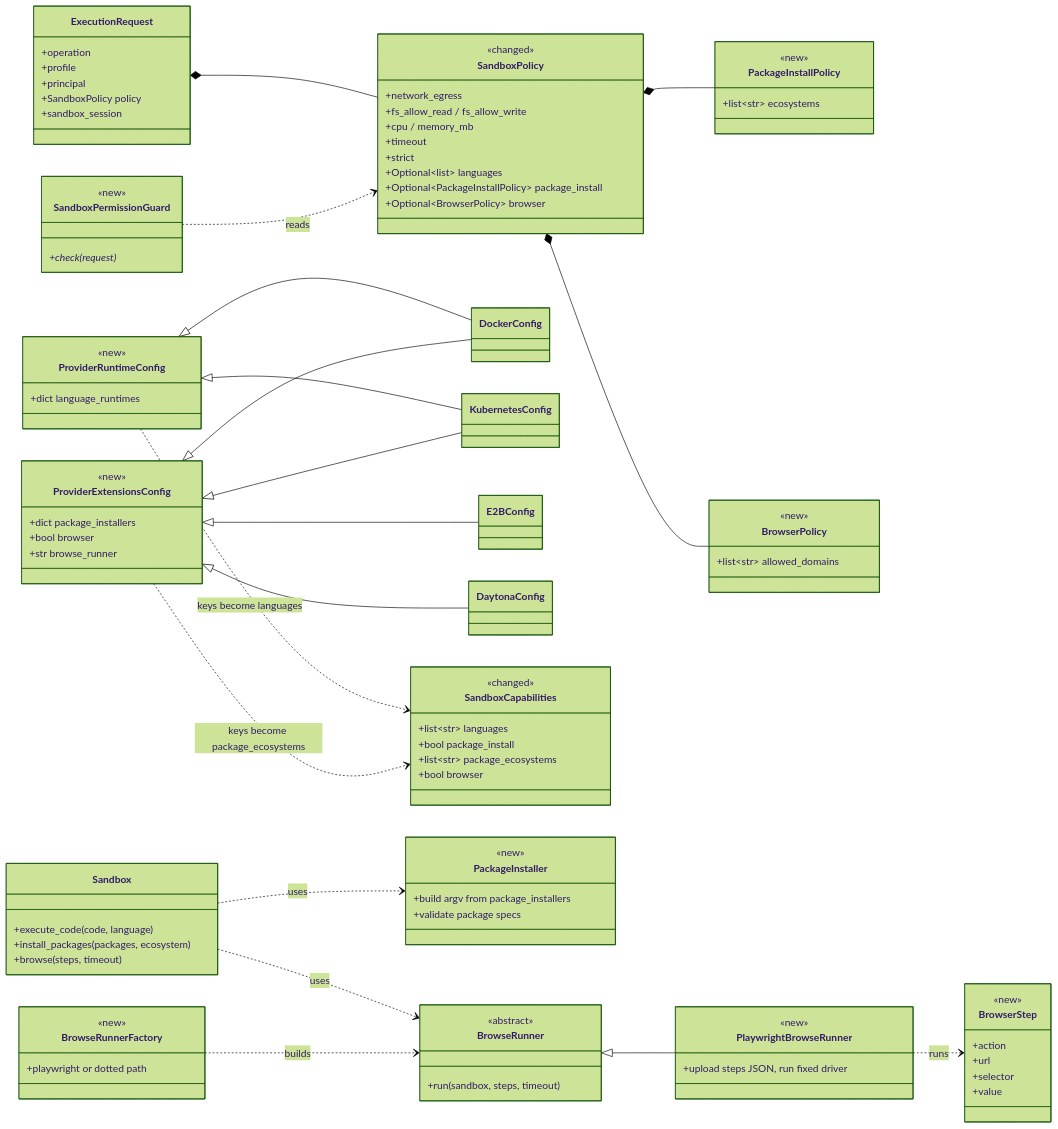
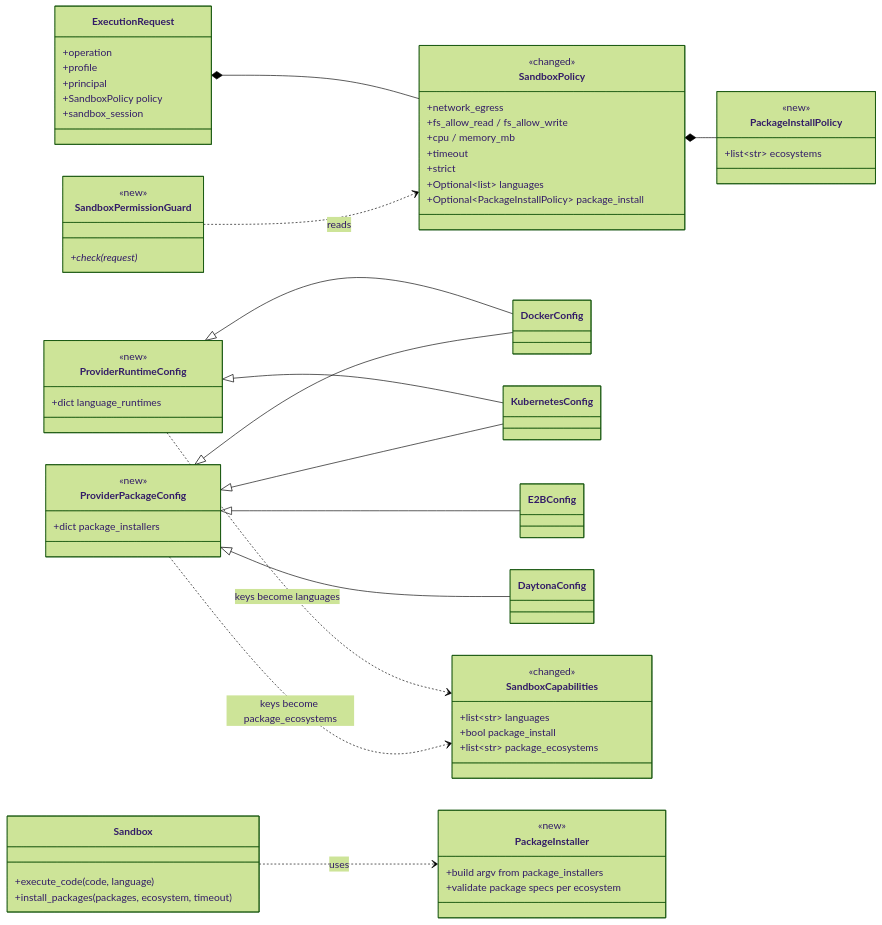
The fourth of 7 diagrams in docs/specs/692-sandbox-extended-permissions/research/diagrams.md (yaalalabs/agent-kernel), drawn with Mermaid (forest theme) before and after one commit. The commit also changed other lines of this file and 1 other file, not shown here.

Commit message:
docs: update design and diagrams for sandbox extended permissions, removing browser automation capability

````diff
--- a/docs/specs/692-sandbox-extended-permissions/research/diagrams.md
+++ b/docs/specs/692-sandbox-extended-permissions/research/diagrams.md
@@ -128,25 +121,18 @@
     +strict
     +Optional~list~ languages
     +Optional~PackageInstallPolicy~ package_install
-    +Optional~BrowserPolicy~ browser
   }
   class PackageInstallPolicy {
     <<new>>
     +list~str~ ecosystems
   }
-  class BrowserPolicy {
-    <<new>>
-    +list~str~ allowed_domains
-  }
   class ProviderRuntimeConfig {
     <<new>>
     +dict language_runtimes
   }
-  class ProviderExtensionsConfig {
+  class ProviderPackageConfig {
     <<new>>
     +dict package_installers
-    +bool browser
-    +str browse_runner
   }
   class DockerConfig
   class KubernetesConfig
@@ -157,7 +143,6 @@
     +list~str~ languages
     +bool package_install
     +list~str~ package_ecosystems
-    +bool browser
   }
   class SandboxPermissionGuard {
     <<new>>
@@ -165,48 +150,23 @@
   }
   class Sandbox {
     +execute_code(code, language)
-    +install_packages(packages, ecosystem)
-    +browse(steps, timeout)
+    +install_packages(packages, ecosystem, timeout)
   }
   class PackageInstaller {
     <<new>>
     +build argv from package_installers
-    +validate package specs
-  }
-  class BrowseRunner {
-    <<abstract>>
-    +run(sandbox, steps, timeout)
-  }
-  class BrowseRunnerFactory {
-    <<new>>
-    +playwright or dotted path
-  }
-  class PlaywrightBrowseRunner {
-    <<new>>
-    +upload steps JSON, run fixed driver
-  }
-  class BrowserStep {
-    <<new>>
-    +action
-    +url
-    +selector
-    +value
+    +validate package specs per ecosystem
   }
   ExecutionRequest *-- SandboxPolicy
   SandboxPolicy *-- PackageInstallPolicy
-  SandboxPolicy *-- BrowserPolicy
   ProviderRuntimeConfig <|-- DockerConfig
   ProviderRuntimeConfig <|-- KubernetesConfig
-  ProviderExtensionsConfig <|-- DockerConfig
-  ProviderExtensionsConfig <|-- KubernetesConfig
-  ProviderExtensionsConfig <|-- E2BConfig
-  ProviderExtensionsConfig <|-- DaytonaConfig
+  ProviderPackageConfig <|-- DockerConfig
+  ProviderPackageConfig <|-- KubernetesConfig
+  ProviderPackageConfig <|-- E2BConfig
+  ProviderPackageConfig <|-- DaytonaConfig
   ProviderRuntimeConfig ..> SandboxCapabilities : keys become languages
-  ProviderExtensionsConfig ..> SandboxCapabilities : keys become package_ecosystems
+  ProviderPackageConfig ..> SandboxCapabilities : keys become package_ecosystems
   SandboxPermissionGuard ..> SandboxPolicy : reads
   Sandbox ..> PackageInstaller : uses
-  Sandbox ..> BrowseRunner : uses
-  BrowseRunnerFactory ..> BrowseRunner : builds
-  BrowseRunner <|-- PlaywrightBrowseRunner
-  PlaywrightBrowseRunner ..> BrowserStep : runs
 ```
````
